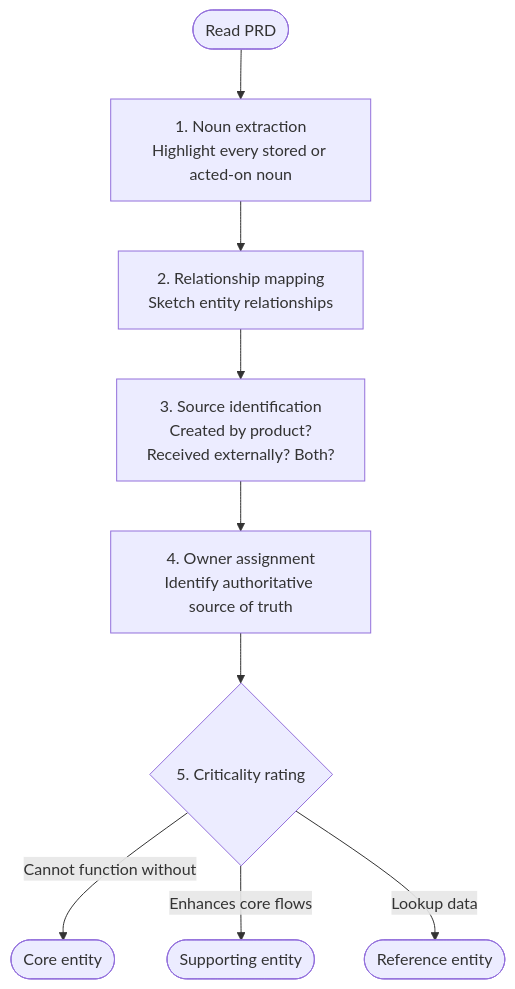
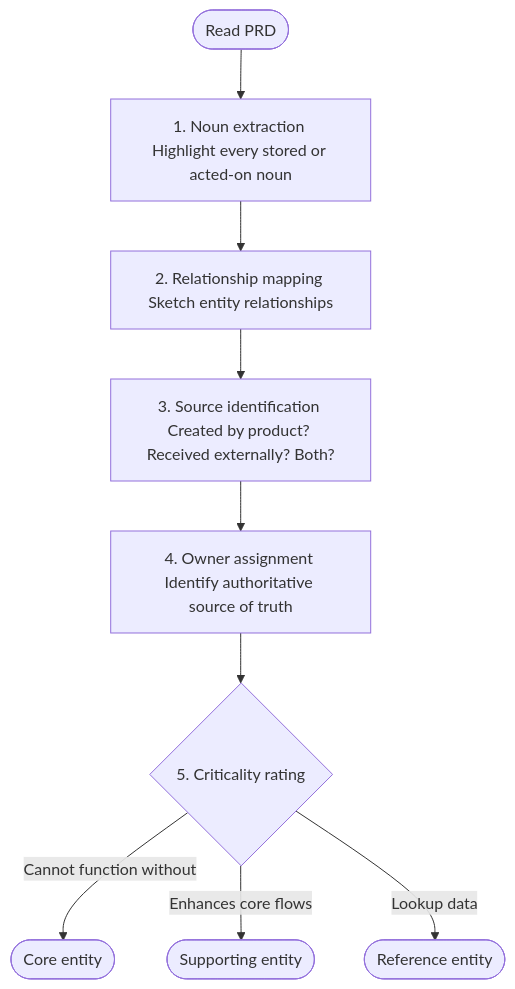
Before and after one commit to ivanyeors/product-agentic-templates: the second of 2 diagrams in .cursor/skills/01-product-discovery/data-dictionary.md, drawn with Mermaid. The commit also changed other lines of this file and 39 other files, not shown here.

````diff
--- a/.cursor/skills/01-product-discovery/data-dictionary.md
+++ b/.cursor/skills/01-product-discovery/data-dictionary.md
@@ -67,11 +67,11 @@
 ```mermaid
 flowchart TD
-    prd([Read PRD]) --> nouns[1. Noun extraction\nHighlight every stored or acted-on noun]
-    nouns --> relate[2. Relationship mapping\nSketch entity relationships]
-    relate --> source[3. Source identification\nCreated by product?\nReceived externally? Both?]
-    source --> owner[4. Owner assignment\nIdentify authoritative source of truth]
+    prd([Read PRD]) --> nouns[1. Noun extraction Highlight every stored or acted-on noun]
+    nouns --> relate[2. Relationship mapping Sketch entity relationships]
+    relate --> source[3. Source identification Created by product? Received externally? Both?]
+    source --> owner[4. Owner assignment Identify authoritative source of truth]
     owner --> criticality{5. Criticality rating}
     criticality -->|Cannot function without| core([Core entity])
     criticality -->|Enhances core flows| supporting([Supporting entity])
     criticality -->|Lookup data| reference([Reference entity])
 ```
````
